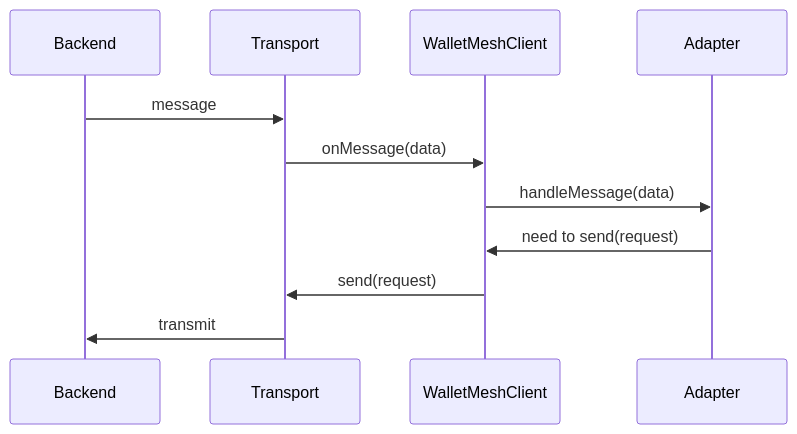
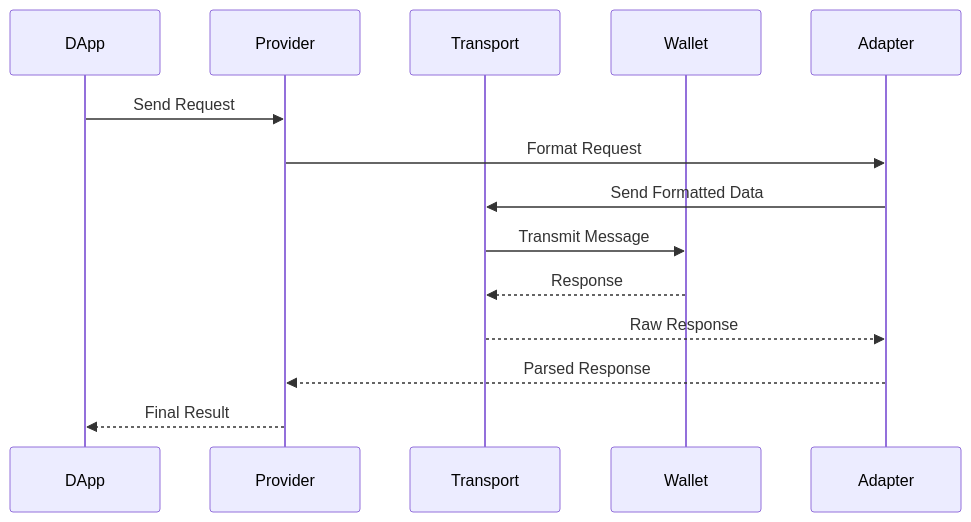
Before and after one commit to WalletMesh/walletmesh-packages: the second of 3 diagrams in core/modal/README.md, drawn with Mermaid. The commit also changed other lines of this file and 16 other files, not shown here.

````diff
--- a/core/modal/README.md
+++ b/core/modal/README.md
@@ -144,15 +70,17 @@
 ```mermaid
 sequenceDiagram
-    participant Backend
+    participant DApp
+    participant Provider
     participant Transport
-    participant WalletMeshClient
+    participant Wallet
     participant Adapter
 
-    Backend->>Transport: message
-    Transport->>WalletMeshClient: onMessage(data)
-    WalletMeshClient->>Adapter: handleMessage(data)
-    
-    Adapter->>WalletMeshClient: need to send(request)
-    WalletMeshClient->>Transport: send(request)
-    Transport->>Backend: transmit
+    DApp->>Provider: Send Request
+    Provider->>Adapter: Format Request
+    Adapter->>Transport: Send Formatted Data
+    Transport->>Wallet: Transmit Message
+    Wallet-->>Transport: Response
+    Transport-->>Adapter: Raw Response
+    Adapter-->>Provider: Parsed Response
+    Provider-->>DApp: Final Result
 ```
````
